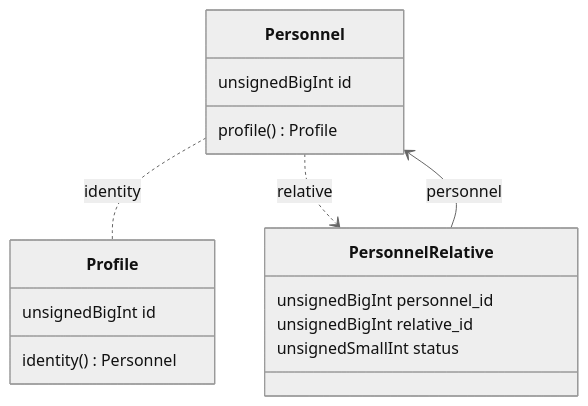
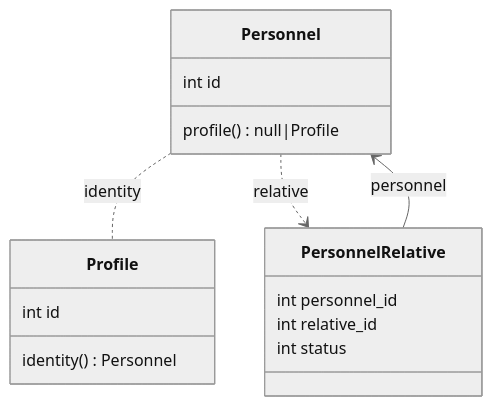
Before and after one commit to creasico/laravel-base: the fifth of 7 diagrams in database/README.md, drawn with Mermaid (neutral theme). The commit also changed other lines of this file, not shown here.

````diff
--- a/database/README.md
+++ b/database/README.md
@@ -312,20 +321,20 @@
 ```mermaid
 classDiagram
     Personnel .. Profile : identity
     Personnel ..> PersonnelRelative : relative
     PersonnelRelative --> Personnel : personnel
 
     class Personnel {
-        unsignedBigInt id
-        profile() Profile
+        int id
+        profile() null|Profile
     }
     class Profile {
-        unsignedBigInt id
+        int id
         identity() Personnel
     }
     class PersonnelRelative {
-        unsignedBigInt personnel_id
-        unsignedBigInt relative_id
-        unsignedSmallInt status
+        int personnel_id
+        int relative_id
+        int status
     }
 ```
````
